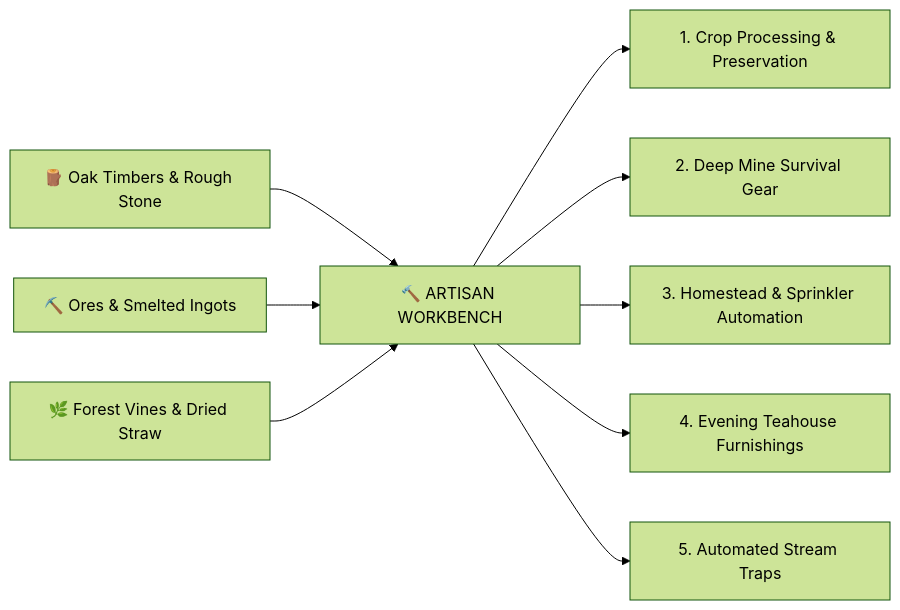
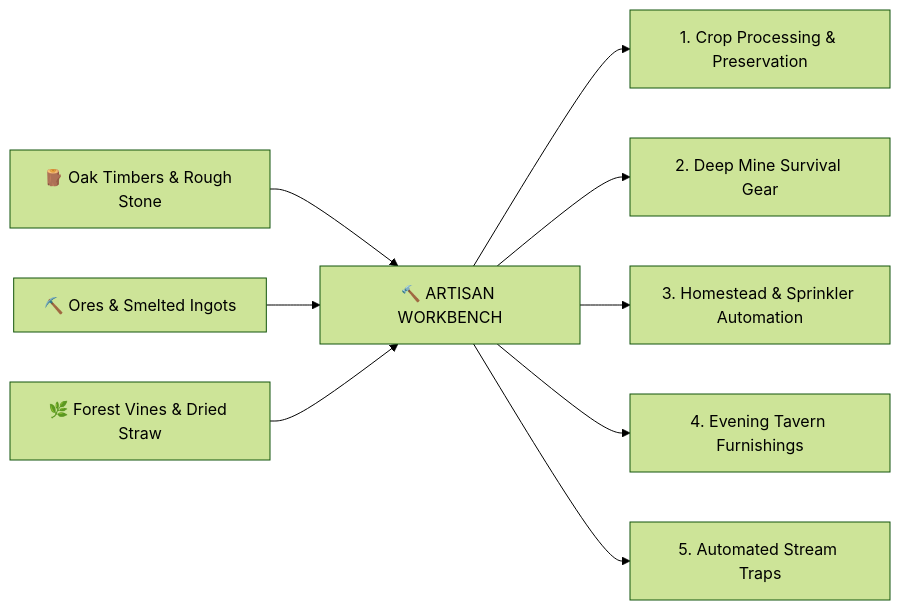
Before and after one commit to mquand/rowan-of-oakhaven-wiki: the diagram in docs/en/crafting-guide.md, drawn with Mermaid (forest theme). The commit also changed other lines of this file and 7 other files, not shown here.

````diff
--- a/docs/en/crafting-guide.md
+++ b/docs/en/crafting-guide.md
@@ -18,11 +18,11 @@
 ```mermaid
 flowchart LR
     Wood["🪵 Oak Timbers & Rough Stone"] --> Bench["🔨 ARTISAN WORKBENCH"]
     Minerals["⛏️ Ores & Smelted Ingots"] --> Bench
     Vines["🌿 Forest Vines & Dried Straw"] --> Bench
     Bench --> Out1["1. Crop Processing & Preservation"]
     Bench --> Out2["2. Deep Mine Survival Gear"]
     Bench --> Out3["3. Homestead & Sprinkler Automation"]
-    Bench --> Out4["4. Evening Teahouse Furnishings"]
+    Bench --> Out4["4. Evening Tavern Furnishings"]
     Bench --> Out5["5. Automated Stream Traps"]
 ```
````
